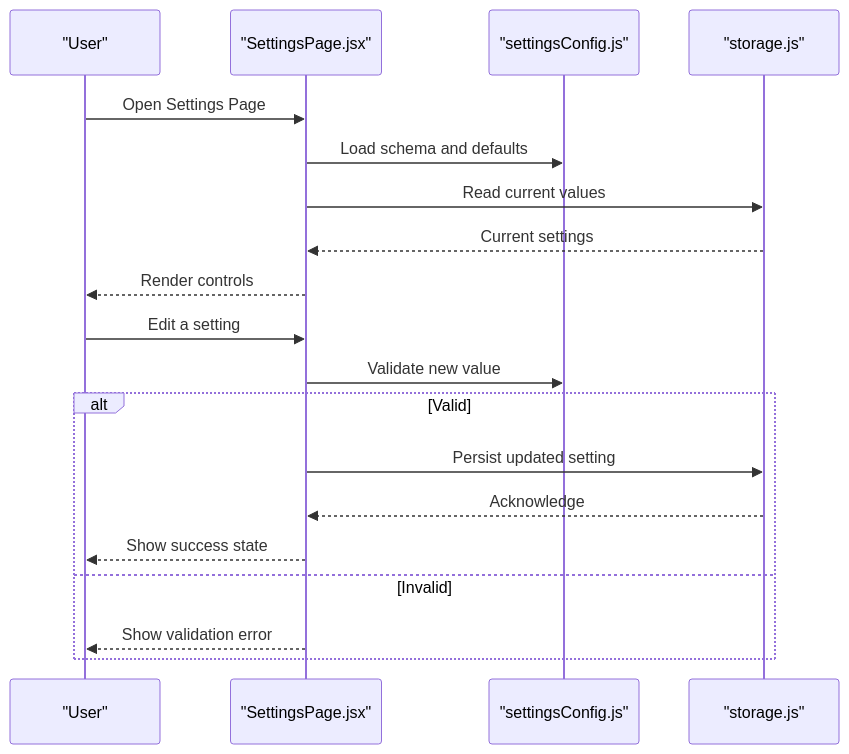
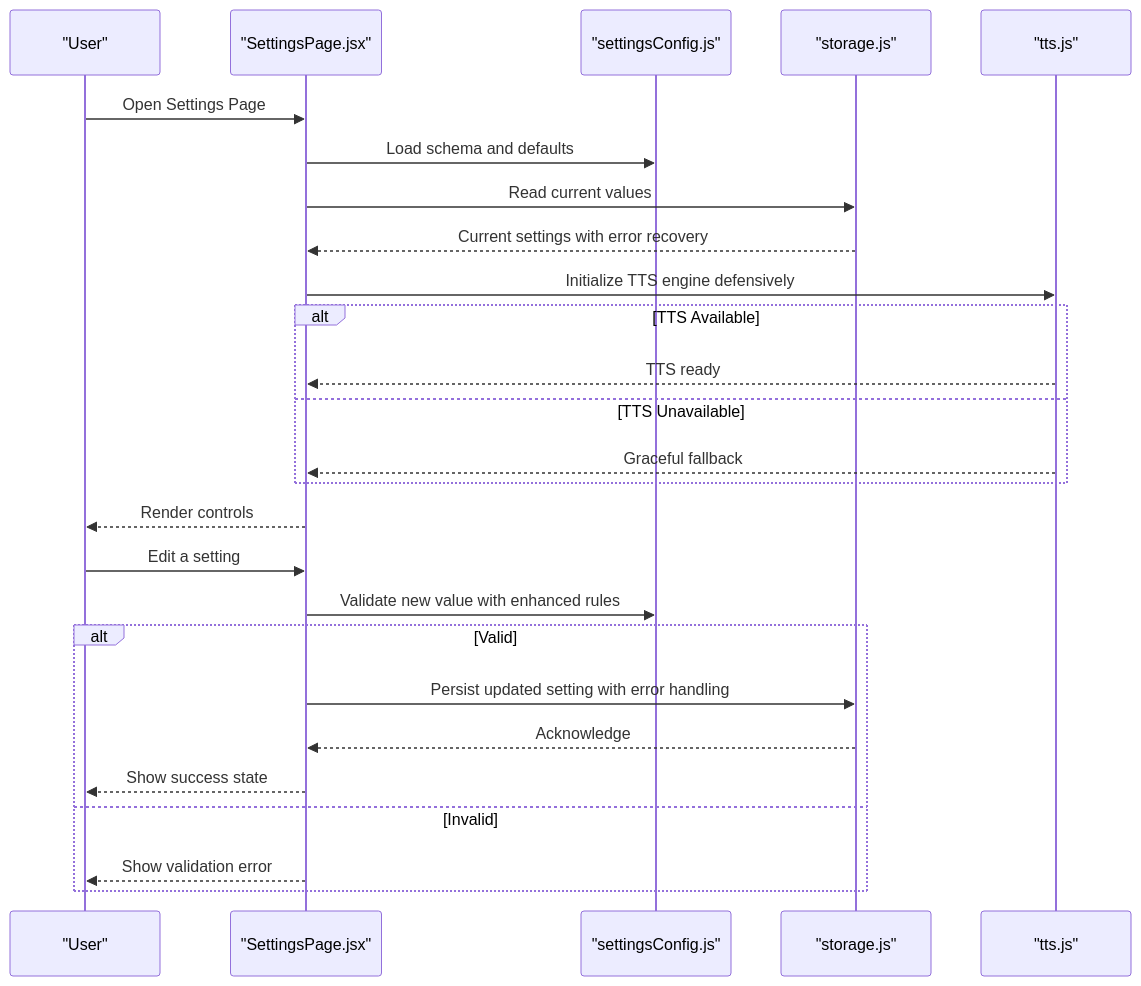
One commit to zmyeo54/briefroom changed the second of 5 diagrams in .qoder/repowiki/en/content/Utility Libraries/Settings Configuration.md. Above: the diagram before and after it, drawn with Mermaid. The commit also changed other lines of this file and 7 other files, not shown here.

````diff
--- a/.qoder/repowiki/en/content/Utility Libraries/Settings Configuration.md
+++ b/.qoder/repowiki/en/content/Utility Libraries/Settings Configuration.md
@@ -74,21 +92,28 @@
 ```mermaid
 sequenceDiagram
 participant User as "User"
 participant UI as "SettingsPage.jsx"
 participant Schema as "settingsConfig.js"
 participant Store as "storage.js"
+participant TTS as "tts.js"
 User->>UI : Open Settings Page
 UI->>Schema : Load schema and defaults
 UI->>Store : Read current values
-Store-->>UI : Current settings
+Store-->>UI : Current settings with error recovery
+UI->>TTS : Initialize TTS engine defensively
+alt TTS Available
+TTS-->>UI : TTS ready
+else TTS Unavailable
+TTS-->>UI : Graceful fallback
+end
 UI-->>User : Render controls
 User->>UI : Edit a setting
-UI->>Schema : Validate new value
+UI->>Schema : Validate new value with enhanced rules
 alt Valid
-UI->>Store : Persist updated setting
+UI->>Store : Persist updated setting with error handling
 Store-->>UI : Acknowledge
 UI-->>User : Show success state
 else Invalid
 UI-->>User : Show validation error
 end
 ```
````
